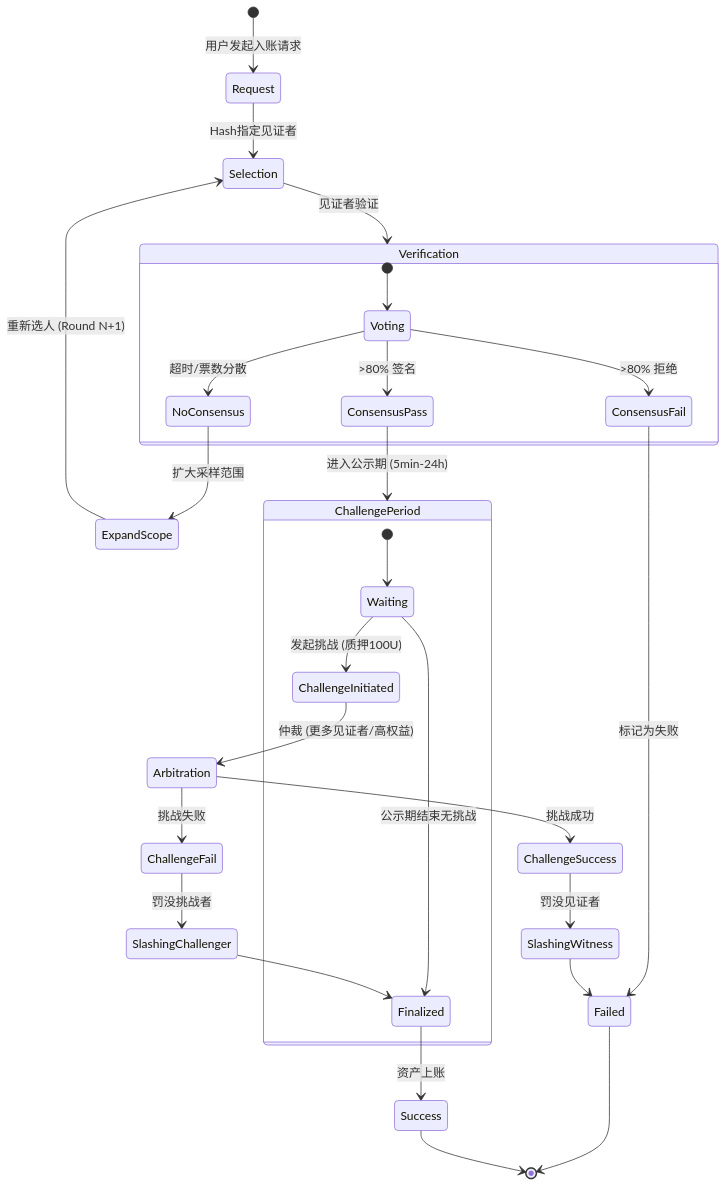
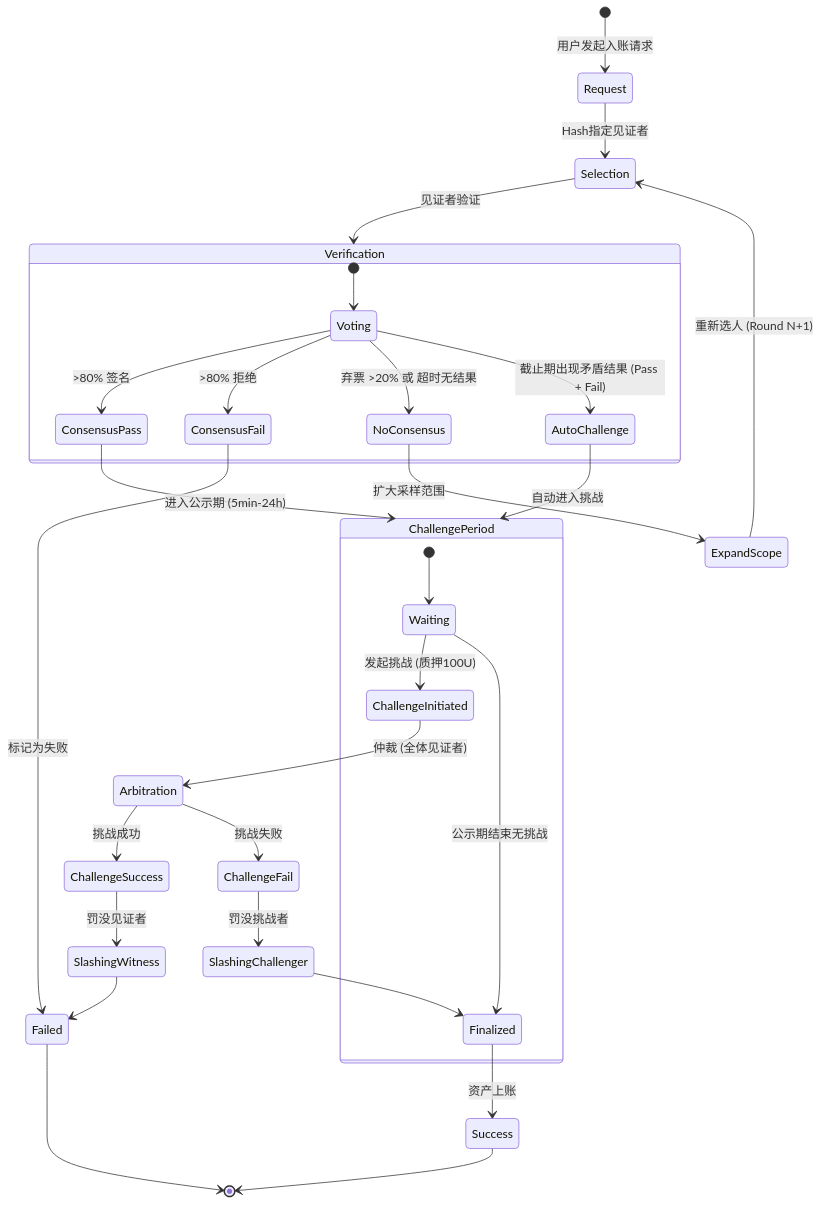
Before and after one commit to davidLeeeeeeeeeeee/dex: the diagram in witness/witness_design.md, drawn with Mermaid. The commit also changed other lines of this file, not shown here.

````diff
--- a/witness/witness_design.md
+++ b/witness/witness_design.md
@@ -23,40 +27,43 @@
 ```mermaid
 stateDiagram-v2
     [*] --> Request: 用户发起入账请求
     Request --> Selection: Hash指定见证者
     Selection --> Verification: 见证者验证
 
     state Verification {
         [*] --> Voting
         Voting --> ConsensusPass: >80% 签名
         Voting --> ConsensusFail: >80% 拒绝
-        Voting --> NoConsensus: 超时/票数分散
+        Voting --> NoConsensus: 弃票 >20% 或 超时无结果
+        Voting --> AutoChallenge: 截止期出现矛盾结果 (Pass + Fail)
     }
+
+    AutoChallenge --> ChallengePeriod: 自动进入挑战
 
     ConsensusFail --> Failed: 标记为失败
     Failed --> [*]
 
     NoConsensus --> ExpandScope: 扩大采样范围
     ExpandScope --> Selection:重新选人 (Round N+1)
 
     ConsensusPass --> ChallengePeriod: 进入公示期 (5min-24h)
 
     state ChallengePeriod {
         [*] --> Waiting
         Waiting --> ChallengeInitiated: 发起挑战 (质押100U)
         Waiting --> Finalized: 公示期结束无挑战
     }
 
-    ChallengeInitiated --> Arbitration: 仲裁 (更多见证者/高权益)
+    ChallengeInitiated --> Arbitration: 仲裁 (全体见证者)
     
     Arbitration --> ChallengeSuccess: 挑战成功
     ChallengeSuccess --> SlashingWitness: 罚没见证者
     SlashingWitness --> Failed
 
     Arbitration --> ChallengeFail: 挑战失败
     ChallengeFail --> SlashingChallenger: 罚没挑战者
     SlashingChallenger --> Finalized
 
     Finalized --> Success: 资产上账
     Success --> [*]
 ```
````
